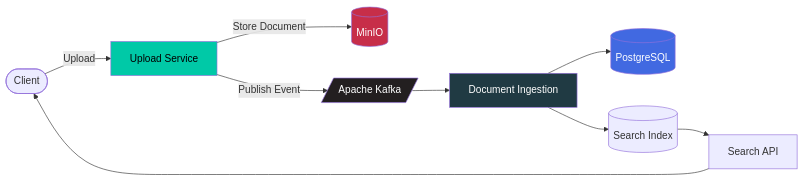
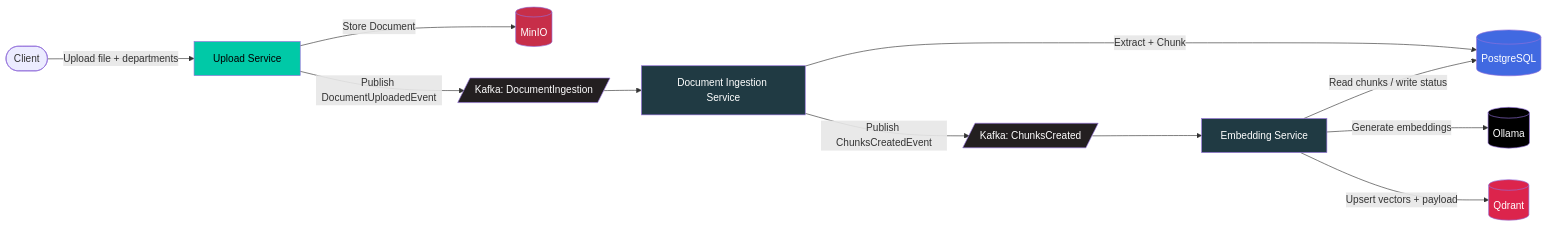
Before and after one commit to Sanket9326/Distrubuted-Search-Engine: the diagram in README.md, drawn with Mermaid. The commit also changed other lines of this file, not shown here.

Commit message:
feat: Update README to reflect embedding service integration and current data flow

````diff
--- a/README.md
+++ b/README.md
@@ -56,41 +67,53 @@
 ```mermaid
 flowchart LR
 
 Client([Client])
 
 API[Upload Service]
 
 MinIO[(MinIO)]
 
-Kafka[/Apache Kafka/]
+Kafka1[/Kafka: DocumentIngestion/]
 
-Worker[Document Ingestion]
+Worker[Document Ingestion Service]
 
 Postgres[(PostgreSQL)]
 
-Index[(Search Index)]
+Kafka2[/Kafka: ChunksCreated/]
 
-SearchAPI[Search API]
+Embed[Embedding Service]
 
-Client -->|Upload| API
+Ollama[(Ollama)]
+
+Qdrant[(Qdrant)]
+
+Client -->|Upload file + departments| API
 
 API -->|Store Document| MinIO
 
-API -->|Publish Event| Kafka
+API -->|Publish DocumentUploadedEvent| Kafka1
 
-Kafka --> Worker
+Kafka1 --> Worker
 
-Worker --> Postgres
+Worker -->|Extract + Chunk| Postgres
 
-Worker --> Index
+Worker -->|Publish ChunksCreatedEvent| Kafka2
 
-Index --> SearchAPI
+Kafka2 --> Embed
 
-SearchAPI --> Client
+Embed -->|Read chunks / write status| Postgres
+
+Embed -->|Generate embeddings| Ollama
+
+Embed -->|Upsert vectors + payload| Qdrant
 
 style API fill:#00c9a7,color:#000
 style Worker fill:#203A43,color:#fff
-style Kafka fill:#231F20,color:#fff
+style Embed fill:#203A43,color:#fff
+style Kafka1 fill:#231F20,color:#fff
+style Kafka2 fill:#231F20,color:#fff
 style MinIO fill:#C72E49,color:#fff
 style Postgres fill:#4169E1,color:#fff
+style Qdrant fill:#DC244C,color:#fff
+style Ollama fill:#000000,color:#fff
 ```
````
